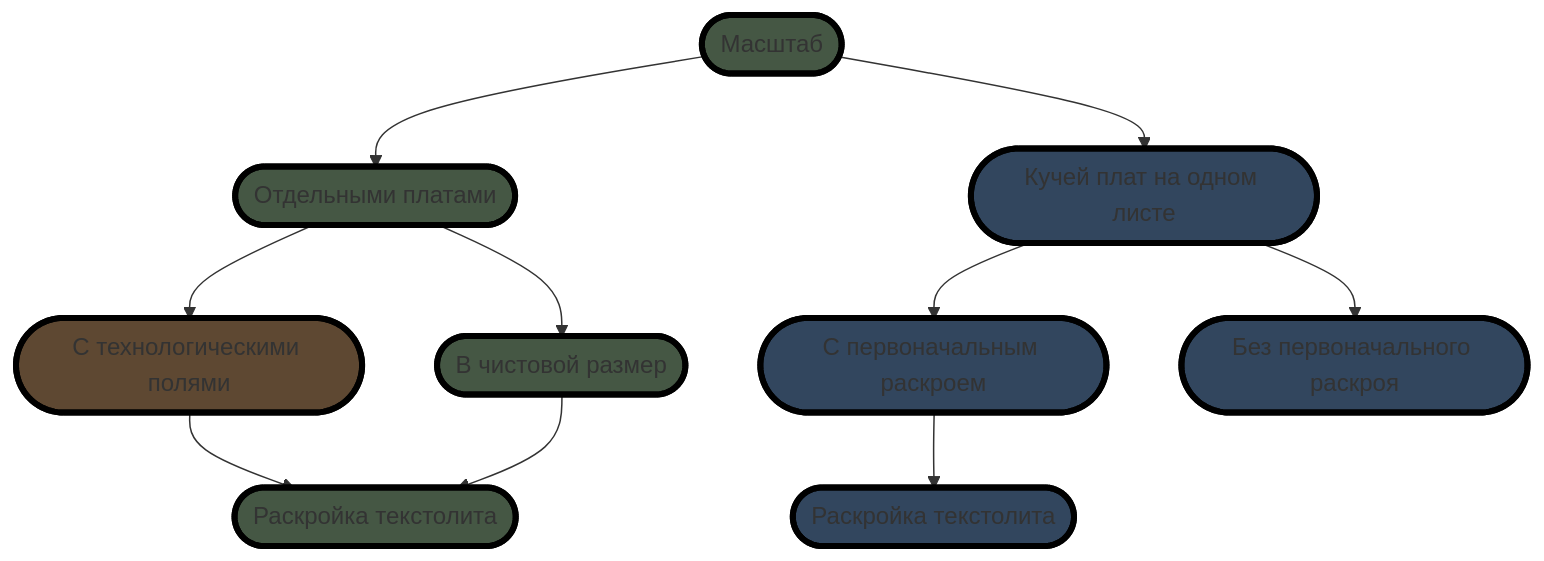
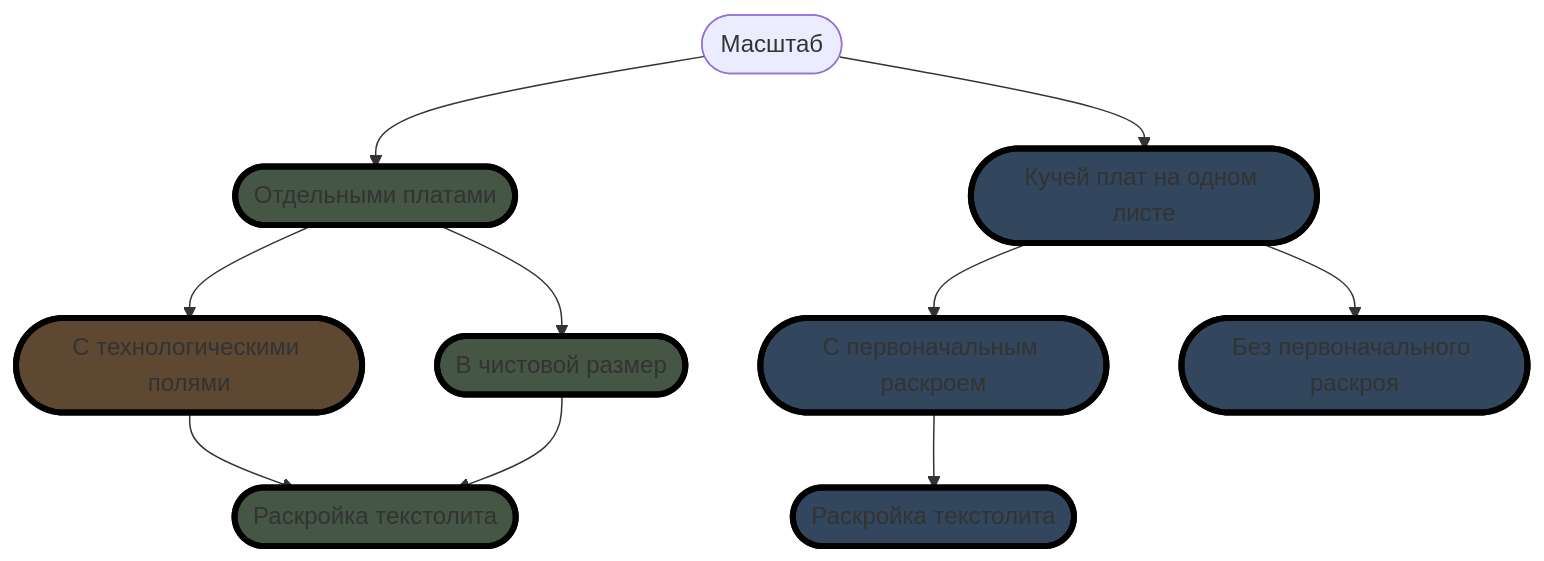
The second of 2 diagrams in README.md (ufrs12/OLTA-RU), drawn with Mermaid before and after one commit.

````diff
--- a/README.md
+++ b/README.md
@@ -37,29 +37,29 @@
 ```mermaid
 graph TD;
 classDef class1 fill:#544457, stroke:#000, stroke-width:4px
 classDef class2 fill:#32465e, stroke:#000, stroke-width:4px
 classDef class3 fill:#455744, stroke:#000, stroke-width:4px
 classDef class4 fill:#5e4832, stroke:#000, stroke-width:4px
 classDef class5 fill:#5e3332, stroke:#000, stroke-width:4px
 
-    Z([Масштаб]):::class3
+    Z([Масштаб])
     A([Отдельными платами]):::class3
     B([Кучей плат на одном листе]):::class2
     C([С технологическими полями]):::class4
     D([В чистовой размер]):::class3
     E([С первоначальным раскроем]):::class2
     F([Без первоначального раскроя]):::class2
     G([Раскройка текстолита]):::class3
     H([Раскройка текстолита]):::class2
     Z-->A;
     Z-->B;
 
     A-->C;
     A-->D;
     C-->G;
     D-->G;
 
     B-->E;
     B-->F;
     E-->H;
 ```
````
